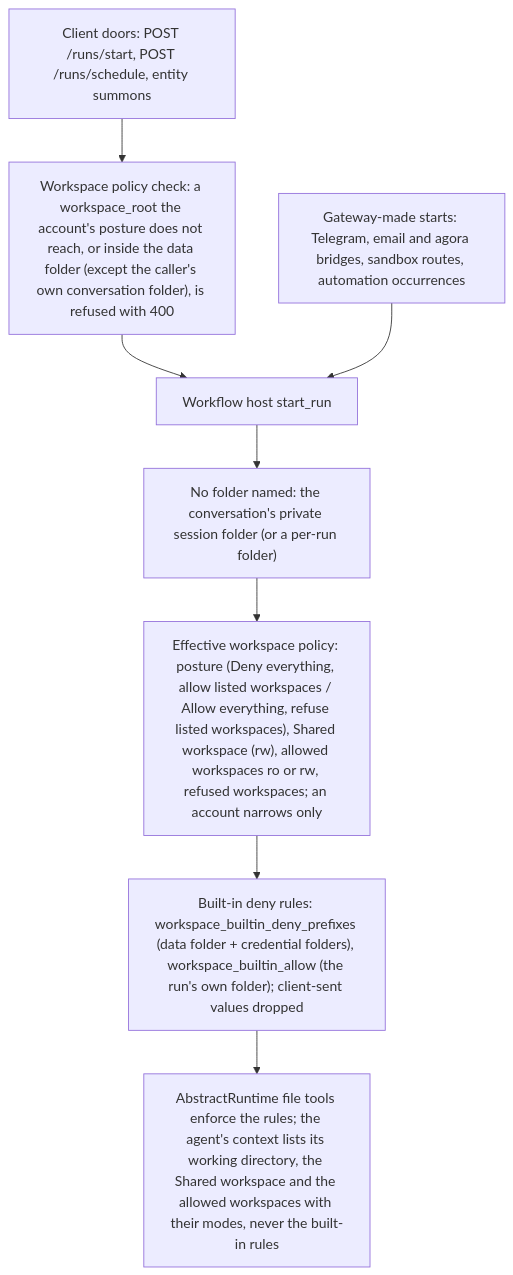
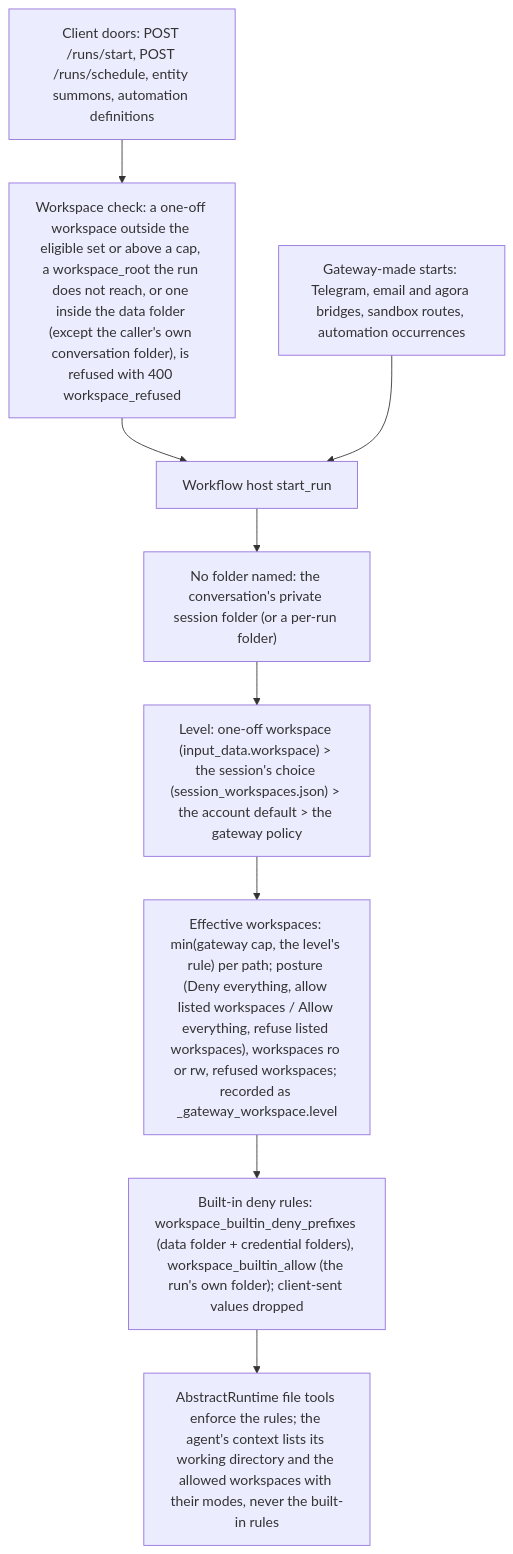
The sixth of 8 diagrams in docs/architecture.md (lpalbou/AbstractGateway), drawn with Mermaid before and after one commit. The commit also changed other lines of this file and 7 other files, not shown here.

Commit message:
R11.1/R11.2 docs: three workspace levels, no shared workspace, refusal shape, run-start levels, migrations v2, entity accounts (api, security, configuration, architecture diagram, maintenance), CHANGELOG Unreleased, llms regenerated

````diff
--- a/docs/architecture.md
+++ b/docs/architecture.md
@@ -439,10 +440,11 @@
 ```mermaid
 flowchart TB
-  Http["Client doors: POST /runs/start, POST /runs/schedule, entity summons"] --> Policy["Workspace policy check: a workspace_root the account's posture does not reach, or inside the data folder (except the caller's own conversation folder), is refused with 400"]
+  Http["Client doors: POST /runs/start, POST /runs/schedule, entity summons, automation definitions"] --> Policy["Workspace check: a one-off workspace outside the eligible set or above a cap, a workspace_root the run does not reach, or one inside the data folder (except the caller's own conversation folder), is refused with 400 workspace_refused"]
   Policy --> Start["Workflow host start_run"]
   Internal["Gateway-made starts: Telegram, email and agora bridges, sandbox routes, automation occurrences"] --> Start
   Start --> Ensure["No folder named: the conversation's private session folder (or a per-run folder)"]
-  Ensure --> Apply["Effective workspace policy: posture (Deny everything, allow listed workspaces / Allow everything, refuse listed workspaces), Shared workspace (rw), allowed workspaces ro or rw, refused workspaces; an account narrows only"]
+  Ensure --> Level["Level: one-off workspace (input_data.workspace) > the session's choice (session_workspaces.json) > the account default > the gateway policy"]
+  Level --> Apply["Effective workspaces: min(gateway cap, the level's rule) per path; posture (Deny everything, allow listed workspaces / Allow everything, refuse listed workspaces), workspaces ro or rw, refused workspaces; recorded as _gateway_workspace.level"]
   Apply --> Deny["Built-in deny rules: workspace_builtin_deny_prefixes (data folder + credential folders), workspace_builtin_allow (the run's own folder); client-sent values dropped"]
-  Deny --> Tools["AbstractRuntime file tools enforce the rules; the agent's context lists its working directory, the Shared workspace and the allowed workspaces with their modes, never the built-in rules"]
+  Deny --> Tools["AbstractRuntime file tools enforce the rules; the agent's context lists its working directory and the allowed workspaces with their modes, never the built-in rules"]
 ```
````
